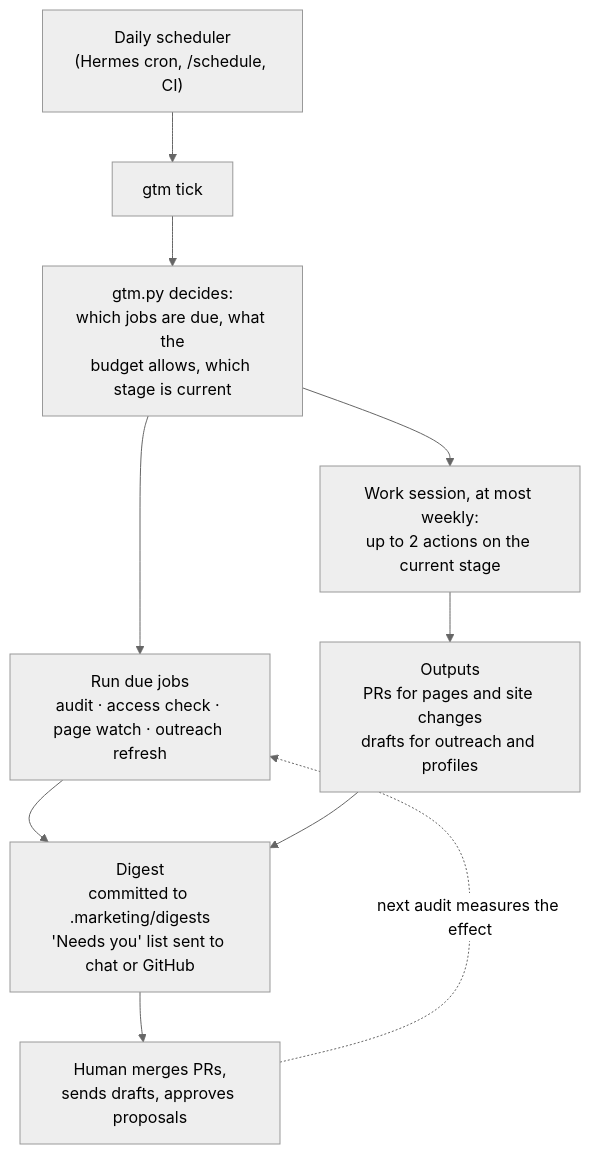
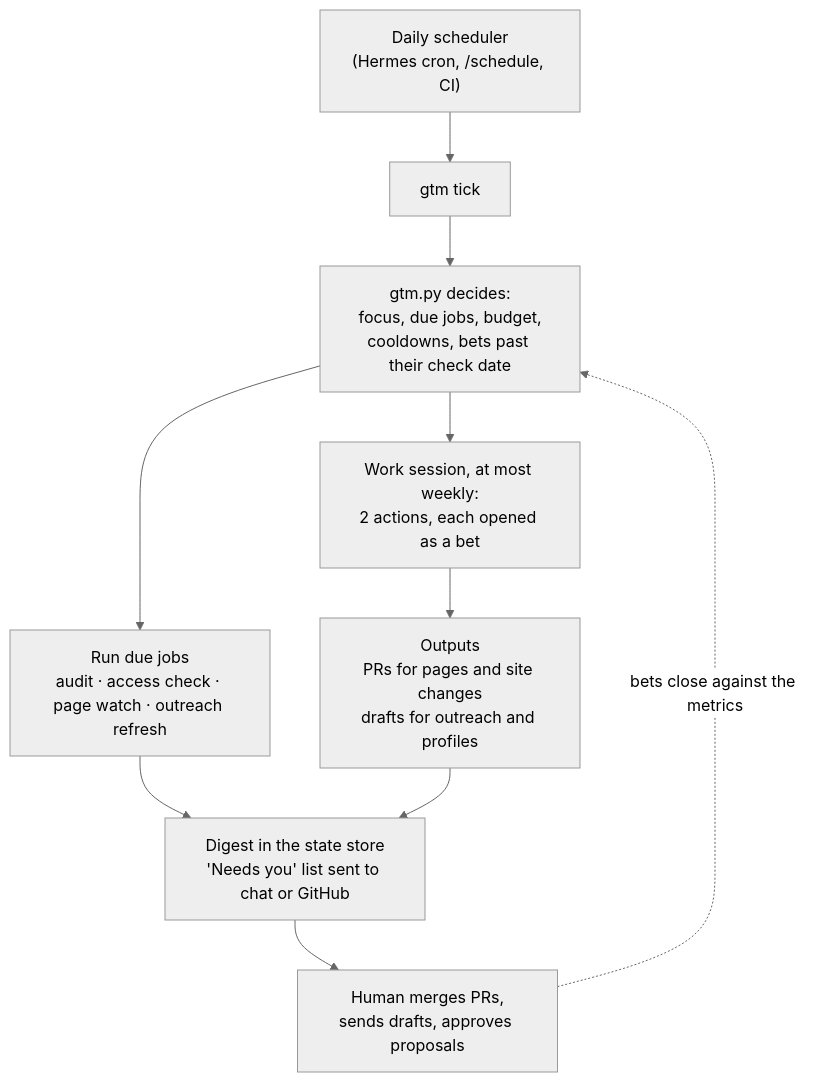
Before and after one commit to williampsmith/marketing-skills: the second of 2 diagrams in README.md, drawn with Mermaid (neutral theme). The commit also changed other lines of this file and 58 other files, not shown here.

First line of the commit message:
v0.4 foundations: state store, tracks, fit, focus and bets

````diff
--- a/README.md
+++ b/README.md
@@ -32,12 +44,12 @@
 ```mermaid
 flowchart TD
     A["Daily scheduler<br/>(Hermes cron, /schedule, CI)"] --> B["gtm tick"]
-    B --> C["gtm.py decides:<br/>which jobs are due, what the<br/>budget allows, which stage is current"]
+    B --> C["gtm.py decides:<br/>focus, due jobs, budget,<br/>cooldowns, bets past their check date"]
     C --> D["Run due jobs<br/>audit · access check · page watch · outreach refresh"]
-    C --> E["Work session, at most weekly:<br/>up to 2 actions on the current stage"]
+    C --> E["Work session, at most weekly:<br/>2 actions, each opened as a bet"]
     E --> F["Outputs<br/>PRs for pages and site changes<br/>drafts for outreach and profiles"]
-    D --> G["Digest<br/>committed to .marketing/digests<br/>'Needs you' list sent to chat or GitHub"]
+    D --> G["Digest in the state store<br/>'Needs you' list sent to chat or GitHub"]
     F --> G
     G --> H["Human merges PRs,<br/>sends drafts, approves proposals"]
-    H -.->|"next audit measures the effect"| D
+    H -.->|"bets close against the metrics"| C
 ```
````
